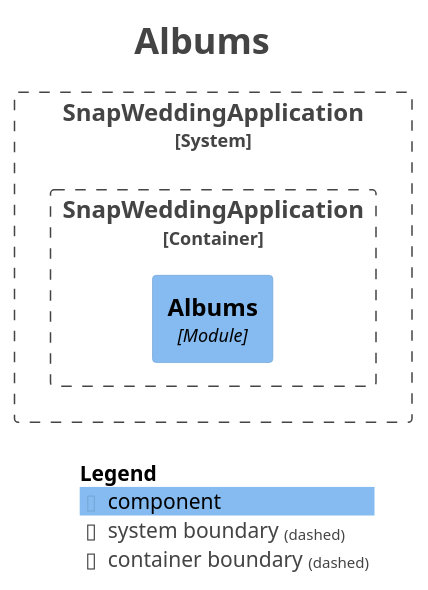
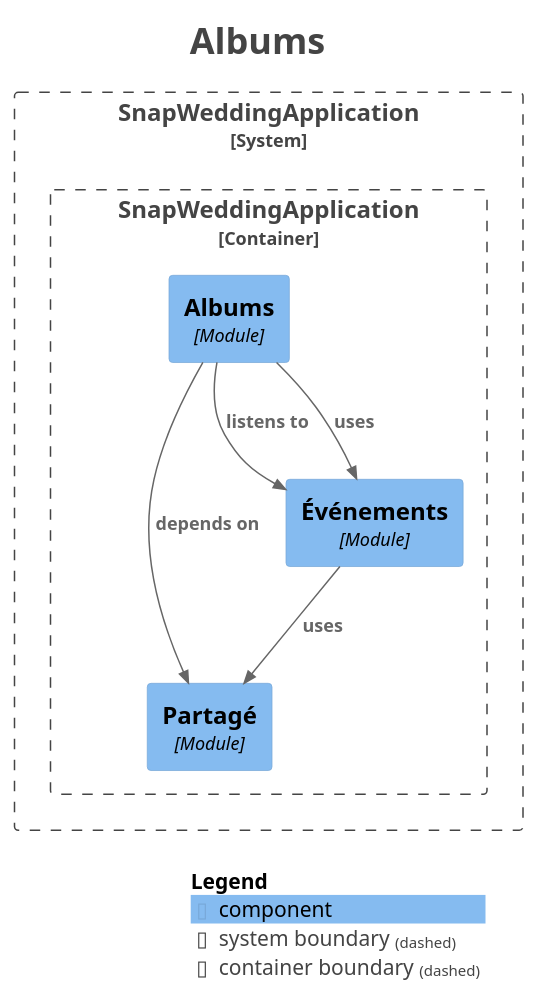
The diagram in docs/modulith/module-album.puml (MatMry31/snapwedding), drawn with PlantUML before and after one commit. The commit also changed 86 other files, not shown here.

```diff
--- a/docs/modulith/module-album.puml
+++ b/docs/modulith/module-album.puml
@@ -1,27 +1,34 @@
 @startuml
 title <size:24>Albums</size>
 
 set separator none
 top to bottom direction
 
 <style>
   root {
     BackgroundColor: #ffffff
     FontColor: #444444
   }
 </style>
 
 !include <C4/C4>
 !include <C4/C4_Context>
 !include <C4/C4_Component>
 
 System_Boundary("SnapWeddingApplication_boundary", "SnapWeddingApplication", $tags="") {
   Container_Boundary("SnapWeddingApplication.SnapWeddingApplication_boundary", "SnapWeddingApplication", $tags="") {
+    Component(SnapWeddingApplication.SnapWeddingApplication.Partagé, "Partagé", $techn="Module", $descr="", $tags="", $link="")
+    Component(SnapWeddingApplication.SnapWeddingApplication.Événements, "Événements", $techn="Module", $descr="", $tags="", $link="")
     Component(SnapWeddingApplication.SnapWeddingApplication.Albums, "Albums", $techn="Module", $descr="", $tags="", $link="")
   }
 
 }
 
+Rel(SnapWeddingApplication.SnapWeddingApplication.Événements, SnapWeddingApplication.SnapWeddingApplication.Partagé, "uses", $techn="", $tags="", $link="")
+Rel(SnapWeddingApplication.SnapWeddingApplication.Albums, SnapWeddingApplication.SnapWeddingApplication.Événements, "listens to", $techn="", $tags="", $link="")
+Rel(SnapWeddingApplication.SnapWeddingApplication.Albums, SnapWeddingApplication.SnapWeddingApplication.Partagé, "depends on", $techn="", $tags="", $link="")
+Rel(SnapWeddingApplication.SnapWeddingApplication.Albums, SnapWeddingApplication.SnapWeddingApplication.Événements, "uses", $techn="", $tags="", $link="")
+
 SHOW_LEGEND(true)
 hide stereotypes
 @enduml
```
